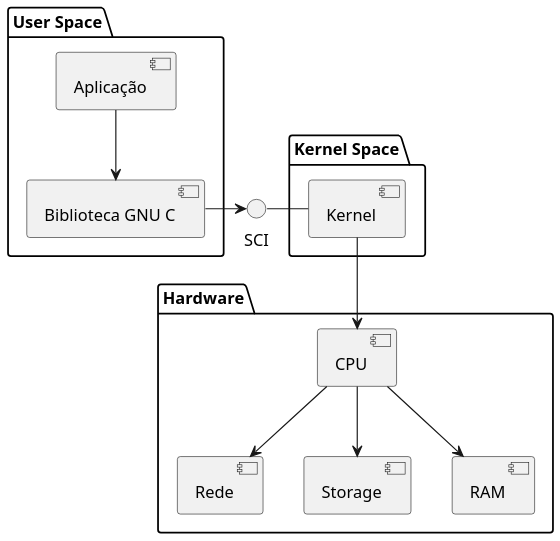
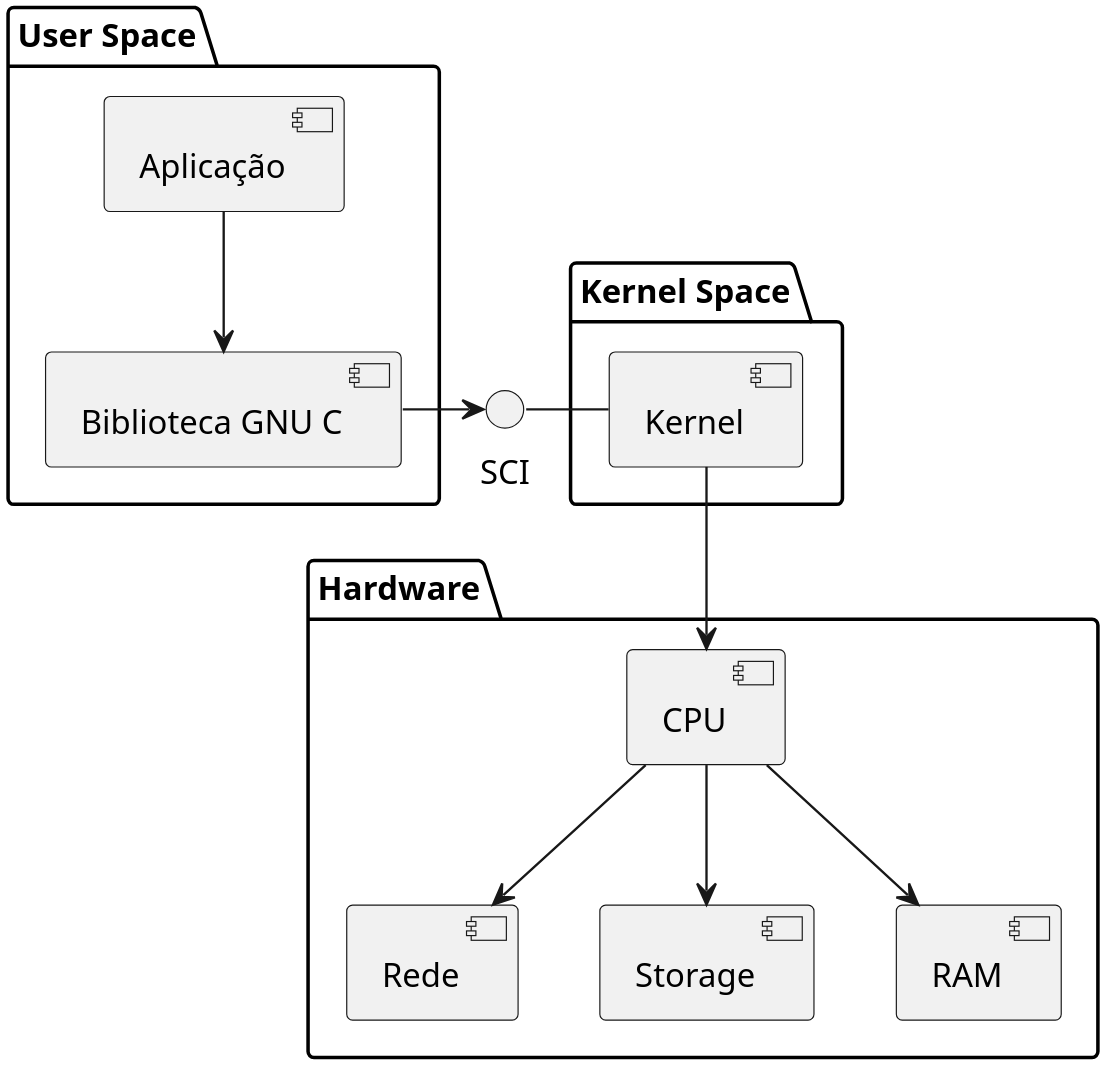
The diagram in resources/plantuml/kernel-stack.puml (fabioluciano/containers-for-anxious-people), drawn with PlantUML before and after one commit. The commit also changed 10 other files, not shown here.

```diff
--- a/resources/plantuml/kernel-stack.puml
+++ b/resources/plantuml/kernel-stack.puml
@@ -1,32 +1,32 @@
 @startuml kernel-stack
 
-skinparam dpi 150
+skinparam dpi 300
 
 interface "SCI" as SCI
 
 package "User Space" {
   component "Aplicação" as Application
   component "Biblioteca GNU C" as GLIBC
 }
 
 package "Kernel Space" {
   component "Kernel" as Kernel
 }
 
 package "Hardware" {
   component "Rede" as Network
   component "Storage" as Storage
   component "RAM" as RAM
   component "CPU" as CPU
 }
 
 Application -down-> GLIBC
 GLIBC -right-> SCI
 SCI -right- Kernel
 Kernel --> CPU
 CPU --> RAM
 CPU --> Storage
 CPU --> Network
 
 
 @enduml
```
